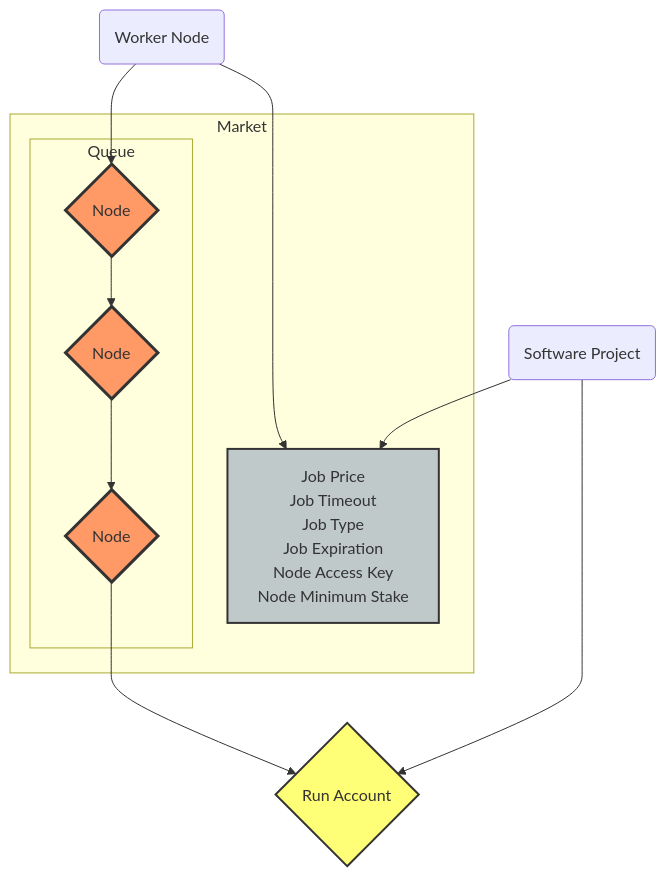
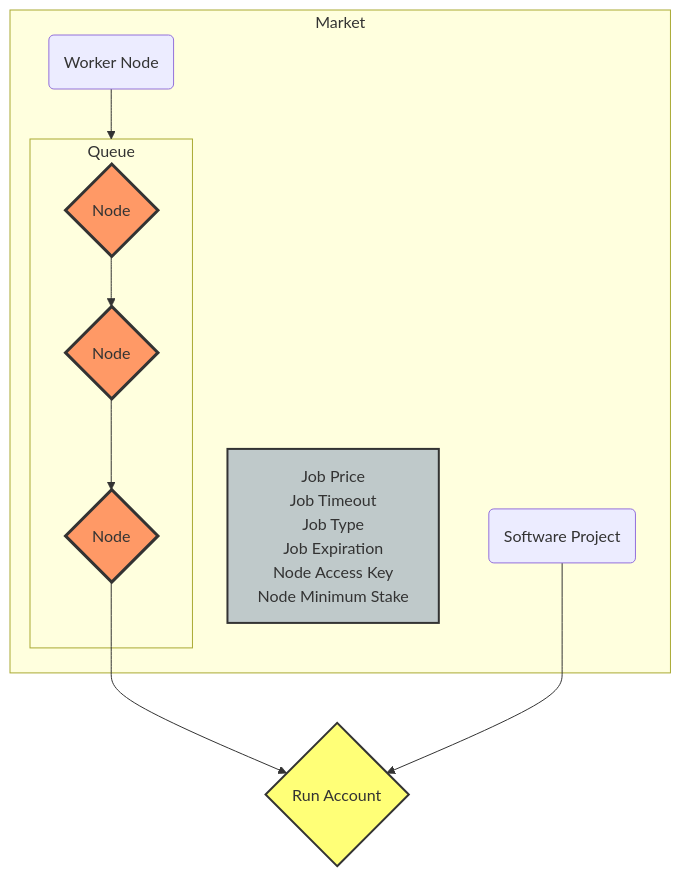
One commit to nosana-ci/docs.nosana.io changed the second of 4 diagrams in docs/programs/jobs.md. Above: the diagram before and after it, drawn with Mermaid. The commit also changed other lines of this file, not shown here.

Commit message:
Upddate diagrams

````diff
--- a/docs/programs/jobs.md
+++ b/docs/programs/jobs.md
@@ -640,30 +640,32 @@
 ```mermaid
 flowchart TB
     subgraph Market
         market
+        node
+        project
         subgraph Queue
             order1 --> order2 --> order3
         end
     end
-    node --> order1
-    node --> market
-    project --> market
+
+
+    node --> Queue
     order3 --> run
     project --> run
 
     node(Worker Node)
     project(Software Project)
     order1{Node}
     order2{Node}
     order3{Node}
     run{Run Account}
     market[Job Price<br>Job Timeout<br>Job Type<br>Job Expiration<br>Node Access Key<br>Node Minimum Stake]
 
     classDef orange fill:#f96,stroke:#333,stroke-width:3px;
     classDef yellow fill:#ff7,stroke:#333,stroke-width:2px;
     classDef grey fill:#BFC9CA,stroke:#333,stroke-width:2px;
 
     class order1,order2,order3 orange;
     class run yellow;
     class market grey;
 ```
````
